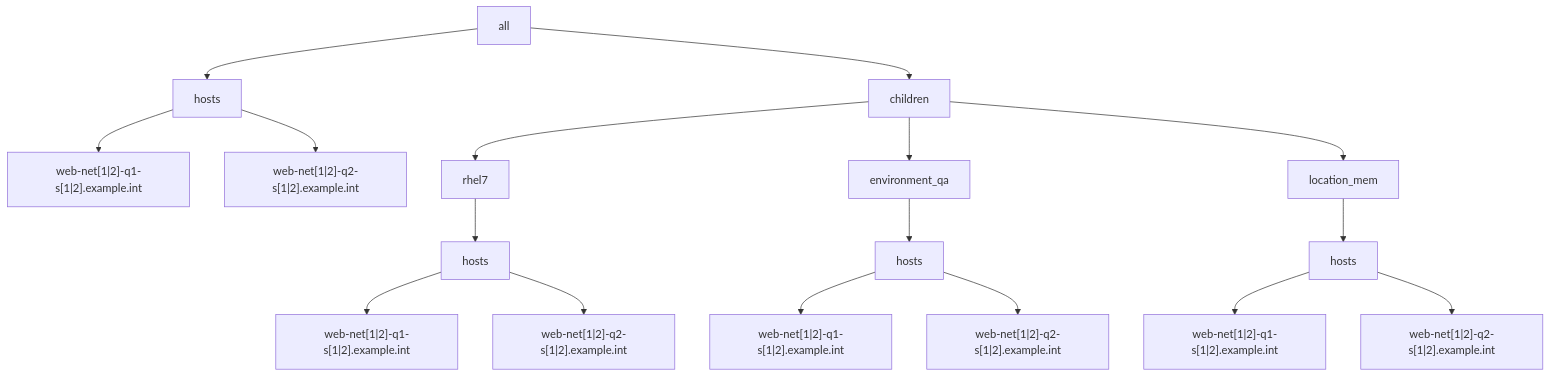
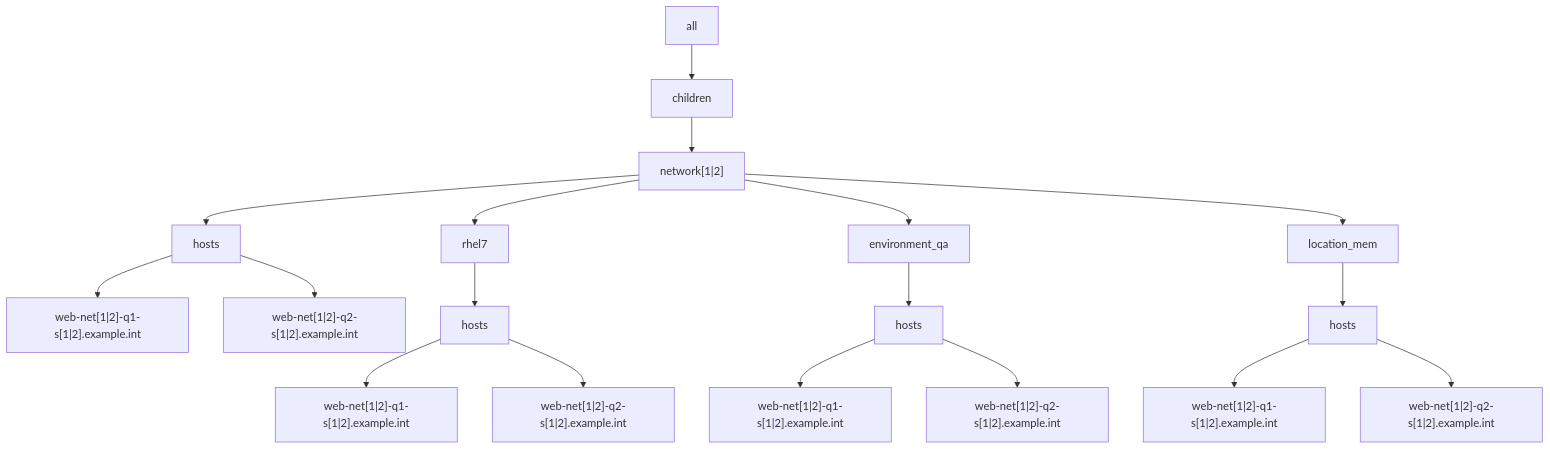
One commit to lj020326/Ansible-inventory-file-examples changed the second of 2 diagrams in tests/ansible-multiple-yaml-inventories/example2/README.md. Above: the diagram before and after it, drawn with Mermaid. The commit also changed other lines of this file, not shown here.

Commit message:
develop-lj - 	modified:   tests/ansible-multiple-yaml-inventories/example2/README.md

````diff
--- a/tests/ansible-multiple-yaml-inventories/example2/README.md
+++ b/tests/ansible-multiple-yaml-inventories/example2/README.md
@@ -31,19 +32,20 @@
 ```mermaid
 graph TD;
-    A[all] --> C[hosts]
-    A[all] --> D[children]
-    C --> I["web-net[1|2]-q1-s[1|2].example.int"]
-    C --> J["web-net[1|2]-q2-s[1|2].example.int"]
-    D --> E[rhel7]
-    D --> F[environment_qa]
-    D --> G[location_mem]
+    A[all] --> B[children]
+    B --> C["network[1|2]"]
+    C --> D[hosts]
+    C --> E[rhel7]
+    C --> F[environment_qa]
+    C --> G[location_mem]
+    D --> I["web-net[1|2]-q1-s[1|2].example.int"]
+    D --> J["web-net[1|2]-q2-s[1|2].example.int"]
     E --> K[hosts]
     K --> L["web-net[1|2]-q1-s[1|2].example.int"]
     K --> M["web-net[1|2]-q2-s[1|2].example.int"]
     F --> N[hosts]
     N --> O["web-net[1|2]-q1-s[1|2].example.int"]
     N --> P["web-net[1|2]-q2-s[1|2].example.int"]
     G --> Q[hosts]
     Q --> R["web-net[1|2]-q1-s[1|2].example.int"]
     Q --> S["web-net[1|2]-q2-s[1|2].example.int"]
 ```
````
